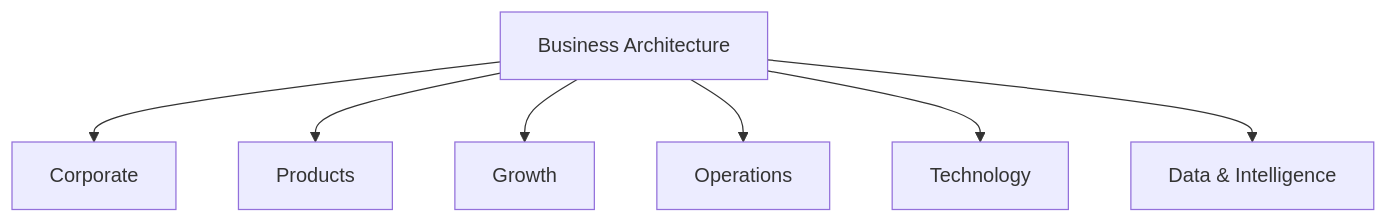
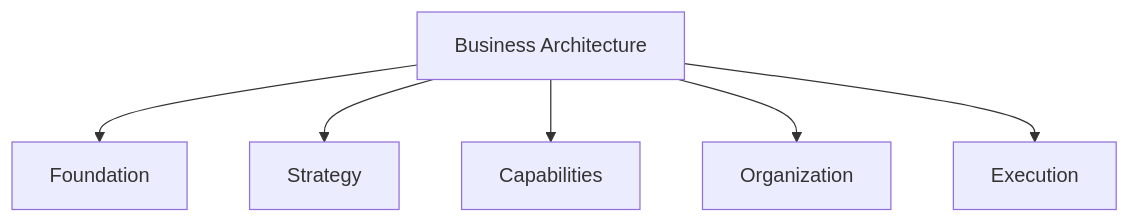
The diagram in docs/business-architecture/index.md (guivos-repositorio/Guivos-Knowledge-Repository), drawn with Mermaid before and after one commit. The commit also changed other lines of this file, not shown here.

````diff
--- a/docs/business-architecture/index.md
+++ b/docs/business-architecture/index.md
@@ -24,10 +28,9 @@
 ```mermaid
 graph TD
     BA[Business Architecture]
-    BA --> C[Corporate]
-    BA --> P[Products]
-    BA --> G[Growth]
-    BA --> O[Operations]
-    BA --> T[Technology]
-    BA --> DI[Data & Intelligence]
+    BA --> F[Foundation]
+    BA --> S[Strategy]
+    BA --> C[Capabilities]
+    BA --> O[Organization]
+    BA --> E[Execution]
 ```
````
